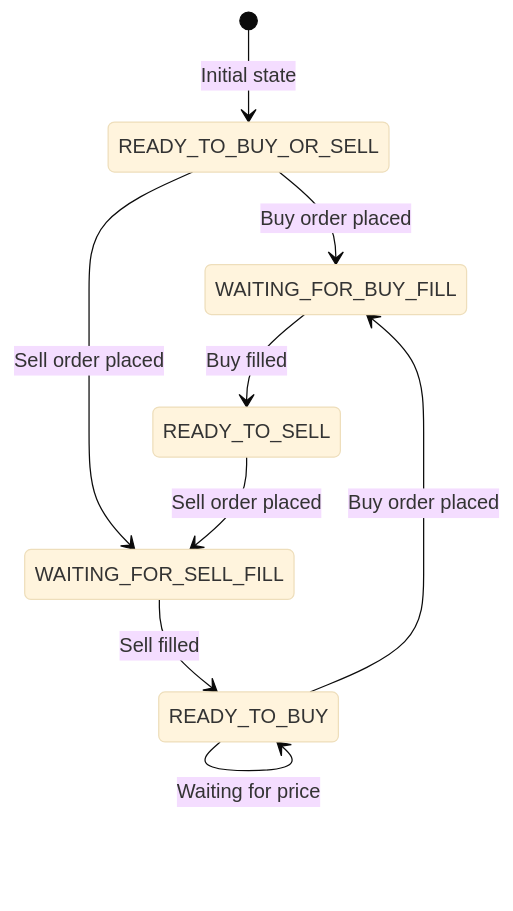
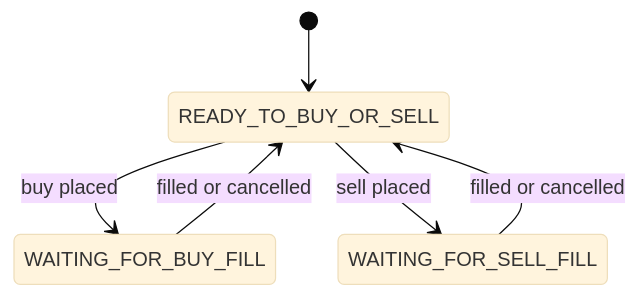
One commit to jordantete/grid_trading_bot changed the third of 3 diagrams in docs/concepts/grid-trading.md. Above: the diagram before and after it, drawn with Mermaid (base theme). The commit also changed other lines of this file and 3 other files, not shown here.

````diff
--- a/docs/concepts/grid-trading.md
+++ b/docs/concepts/grid-trading.md
@@ -72,11 +109,8 @@
 ```mermaid
 stateDiagram-v2
-    [*] --> READY_TO_BUY_OR_SELL: Initial state
-    READY_TO_BUY_OR_SELL --> WAITING_FOR_BUY_FILL: Buy order placed
-    READY_TO_BUY_OR_SELL --> WAITING_FOR_SELL_FILL: Sell order placed
-    READY_TO_BUY --> WAITING_FOR_BUY_FILL: Buy order placed
-    WAITING_FOR_BUY_FILL --> READY_TO_SELL: Buy filled
-    READY_TO_SELL --> WAITING_FOR_SELL_FILL: Sell order placed
-    WAITING_FOR_SELL_FILL --> READY_TO_BUY: Sell filled
-    READY_TO_BUY --> READY_TO_BUY: Waiting for price
+    [*] --> READY_TO_BUY_OR_SELL
+    READY_TO_BUY_OR_SELL --> WAITING_FOR_BUY_FILL: buy placed
+    READY_TO_BUY_OR_SELL --> WAITING_FOR_SELL_FILL: sell placed
+    WAITING_FOR_BUY_FILL --> READY_TO_BUY_OR_SELL: filled or cancelled
+    WAITING_FOR_SELL_FILL --> READY_TO_BUY_OR_SELL: filled or cancelled
 ```
````
